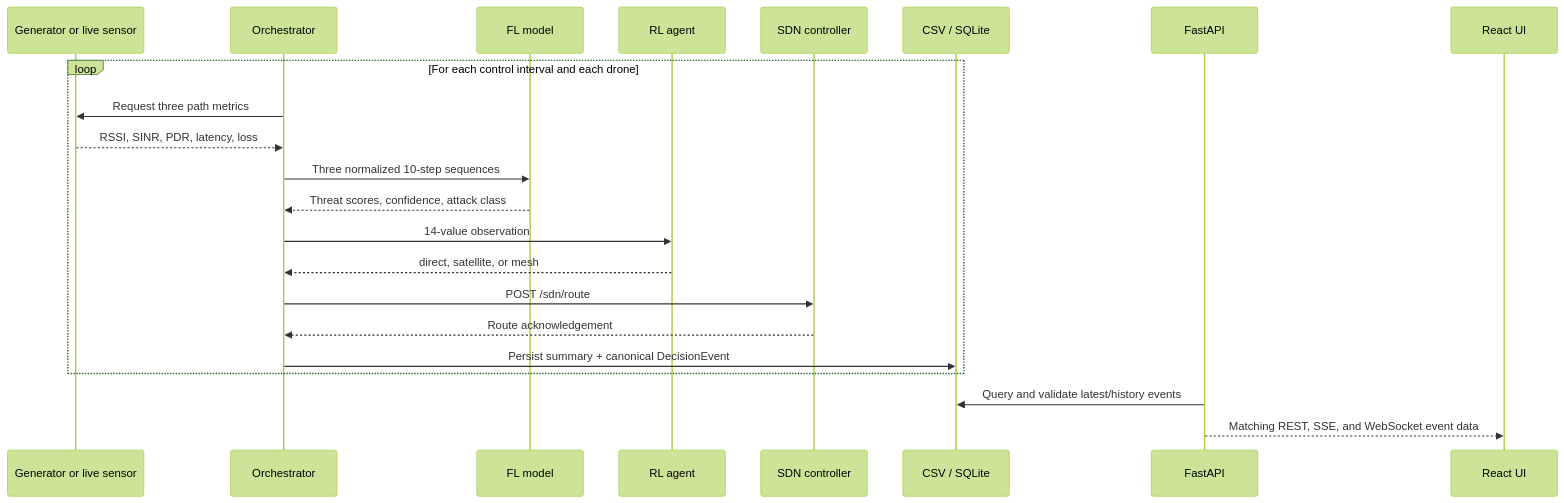
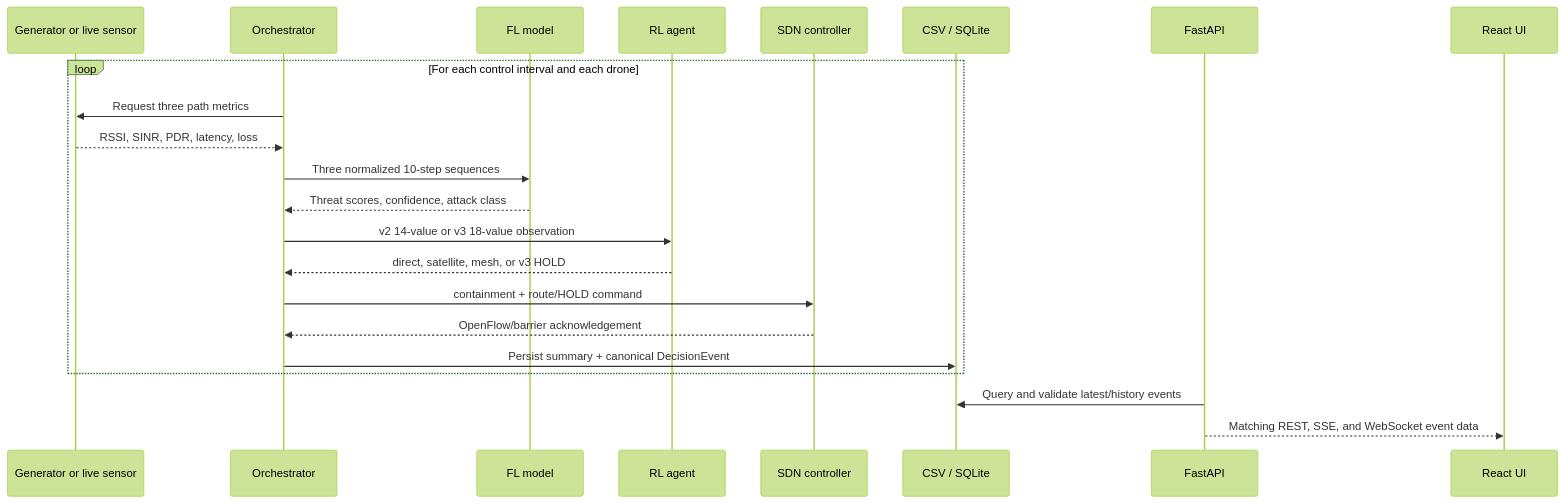
Before and after one commit to aaravkohli/FLARE: the fourth of 8 diagrams in README.md, drawn with Mermaid (forest theme). The commit also changed other lines of this file and 129 other files, not shown here.

````diff
--- a/README.md
+++ b/README.md
@@ -216,25 +234,25 @@
 ```mermaid
 sequenceDiagram
     participant S as Generator or live sensor
     participant O as Orchestrator
     participant F as FL model
     participant R as RL agent
     participant D as SDN controller
     participant P as CSV / SQLite
     participant A as FastAPI
     participant U as React UI
 
     loop For each control interval and each drone
         O->>S: Request three path metrics
         S-->>O: RSSI, SINR, PDR, latency, loss
         O->>F: Three normalized 10-step sequences
         F-->>O: Threat scores, confidence, attack class
-        O->>R: 14-value observation
-        R-->>O: direct, satellite, or mesh
-        O->>D: POST /sdn/route
-        D-->>O: Route acknowledgement
+        O->>R: v2 14-value or v3 18-value observation
+        R-->>O: direct, satellite, mesh, or v3 HOLD
+        O->>D: containment + route/HOLD command
+        D-->>O: OpenFlow/barrier acknowledgement
         O->>P: Persist summary + canonical DecisionEvent
     end
     A->>P: Query and validate latest/history events
     A-->>U: Matching REST, SSE, and WebSocket event data
 ```
````
